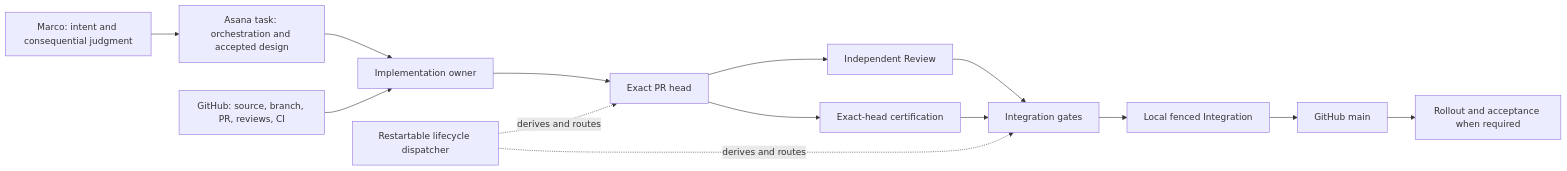
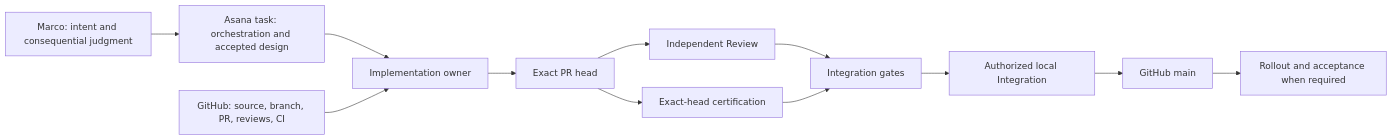
The diagram in dish/docs/architecture/development-workflow/index.md (marcogallotta/ai-tools), drawn with Mermaid before and after one commit. The commit also changed other lines of this file and 30 other files, not shown here.

First line of the commit message:
Document PR lifecycle dispatcher as never activated

````diff
--- a/dish/docs/architecture/development-workflow/index.md
+++ b/dish/docs/architecture/development-workflow/index.md
@@ -7,16 +7,14 @@
 ```mermaid
 flowchart LR
     Marco[Marco: intent and consequential judgment] --> Task[Asana task: orchestration and accepted design]
     Task --> Impl[Implementation owner]
     Git[GitHub: source, branch, PR, reviews, CI] --> Impl
     Impl --> PR[Exact PR head]
     PR --> Review[Independent Review]
     PR --> CI[Exact-head certification]
     Review --> Gate[Integration gates]
     CI --> Gate
-    Gate --> Local[Local fenced Integration]
+    Gate --> Local[Authorized local Integration]
     Local --> Main[GitHub main]
     Main --> Completion[Rollout and acceptance when required]
-    Dispatcher[Restartable lifecycle dispatcher] -. derives and routes .-> PR
-    Dispatcher -. derives and routes .-> Gate
 ```
````
